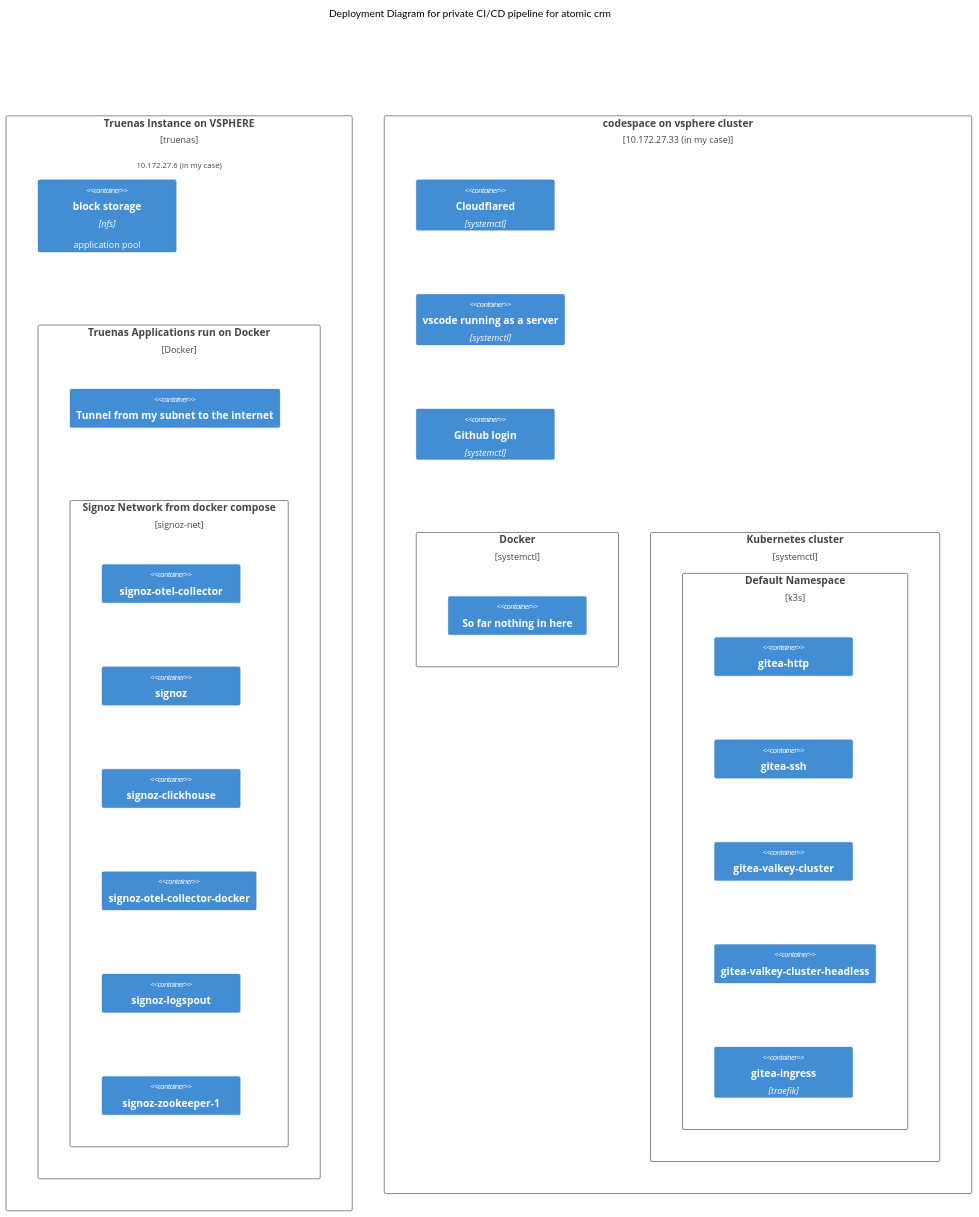
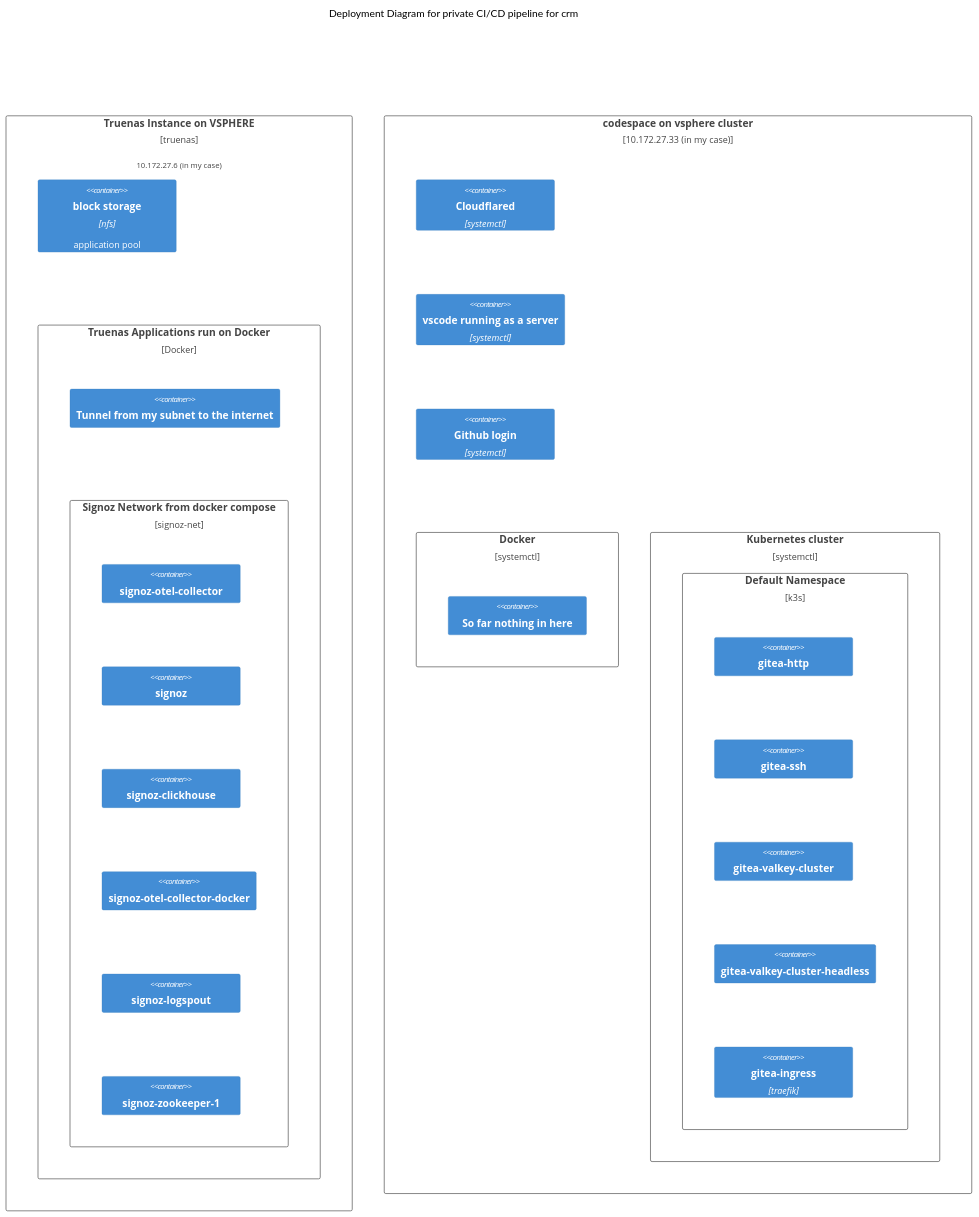
Before and after one commit to Deepak-Tamizhalagan/cdevops-jenkins: the diagram in README.md, drawn with Mermaid (neutral theme).

````diff
--- a/README.md
+++ b/README.md
@@ -14,42 +14,42 @@
 ```mermaid
     C4Deployment
-    title Deployment Diagram for private CI/CD pipeline for atomic crm
+    title Deployment Diagram for private CI/CD pipeline for crm
 
     Deployment_Node(truenas, "Truenas Instance on VSPHERE", "truenas", "10.172.27.6 (in my case)"){
         Container(nfs, "block storage", "nfs","application pool")
         Deployment_Node(docker, "Truenas Applications run on Docker", "Docker"){
             Container(cloudflared-docker-image, "Tunnel from my subnet to the internet")
             Deployment_Node("signoz-net", "Signoz Network from docker compose", "signoz-net"){
                 Container("signoz-otel-collector","signoz-otel-collector")
                 Container("signoz", "signoz")
                 Container("signoz-clickhouse","signoz-clickhouse")
                 Container("signoz-otel-collector-docker", "signoz-otel-collector-docker")
                 Container("signoz-logspout", "signoz-logspout")
                 Container("signoz-zookeeper-1", "signoz-zookeeper-1")
 
             }
 
         }
 
         
     }
 
     Deployment_Node(ubuntu, "codespace on vsphere cluster", "10.172.27.33 (in my case)"){
         Container(cloudflared-systemd, "Cloudflared", "systemctl")
         Container(code-server, "vscode running as a server", "systemctl")
         Container(oauth-proxy, "Github login", "systemctl")
 
         Deployment_Node(alsodocker, "Docker", "systemctl"){
             Container(na, "So far nothing in here")
         }
         Deployment_Node(kubernetes, "Kubernetes cluster", "systemctl"){
             Deployment_Node(default, "Default Namespace", "k3s"){
                 Container(gitea-http, "gitea-http")
                 Container(gitea-ssh, "gitea-ssh")
                 Container(gitea-valkey-cluster, "gitea-valkey-cluster")
                 Container(gitea-valkey-cluster-headless, "gitea-valkey-cluster-headless")
                 Container(gitea-ingress, "gitea-ingress", "traefik")
             }
         }
     }
 ```
````
